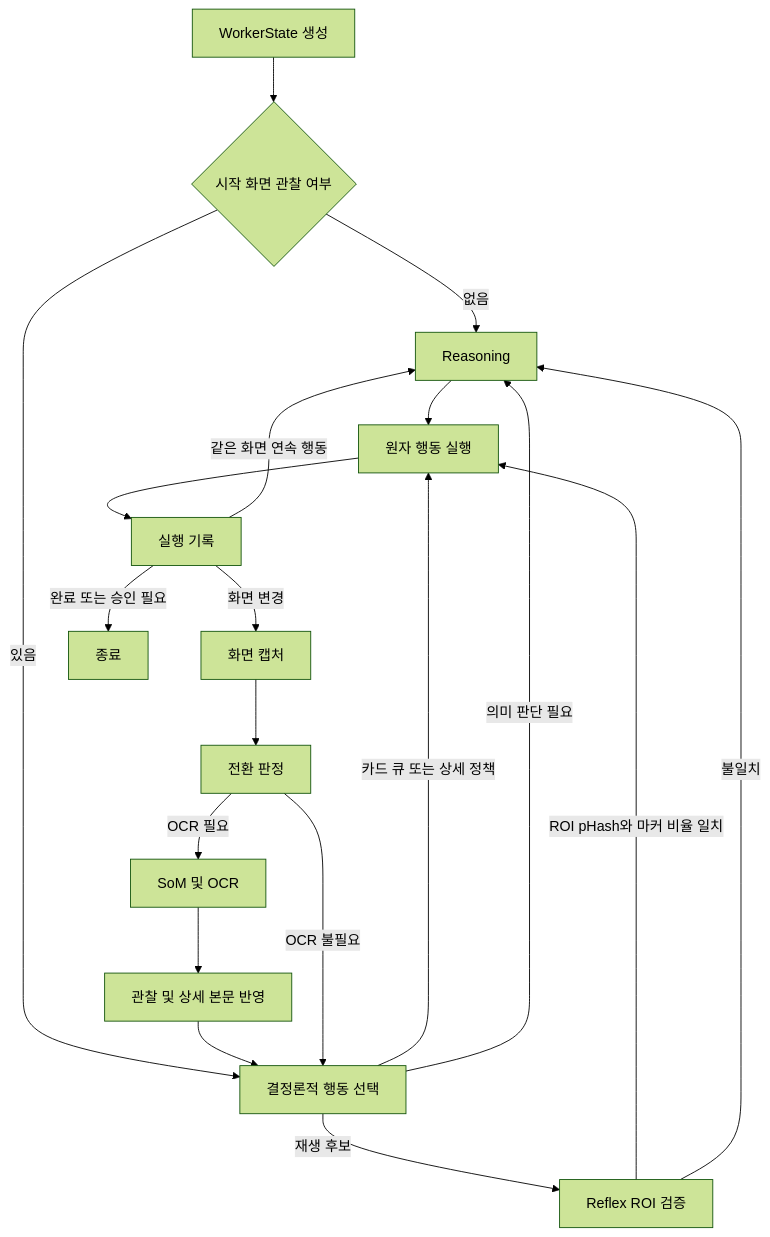
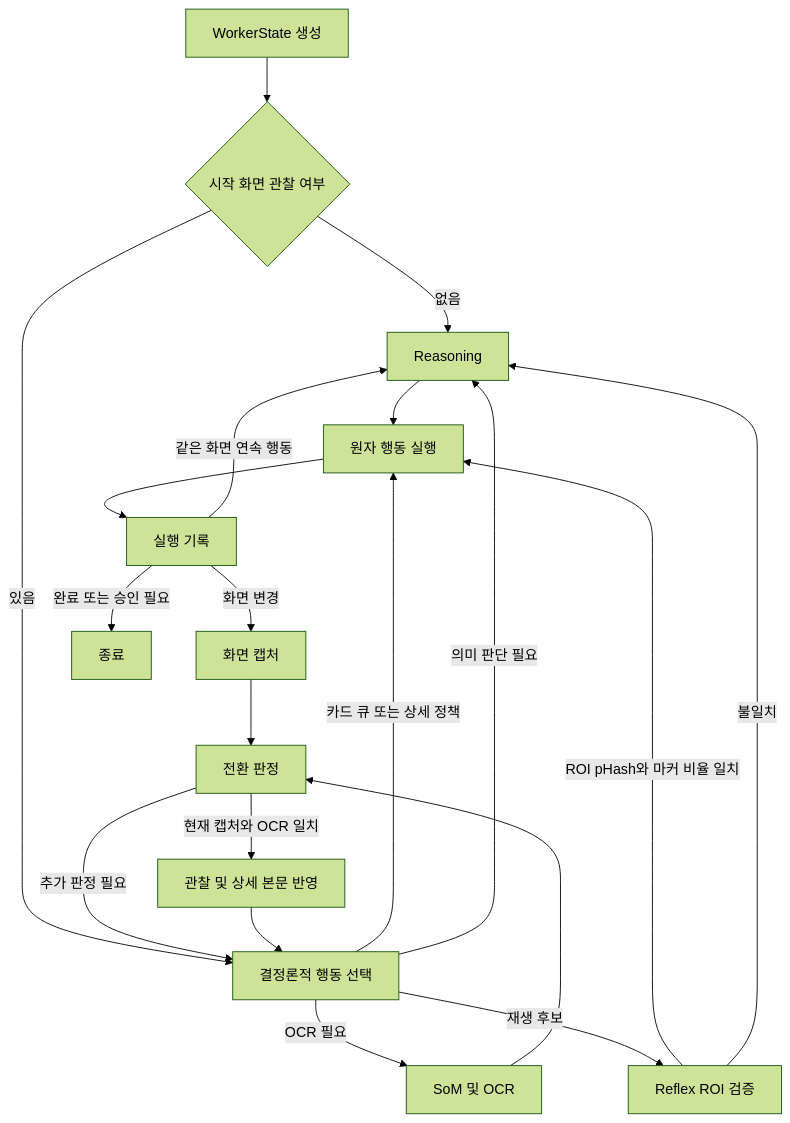
The second of 2 diagrams in ARCHITECTURE.md (Dreamtreeme/L2C), drawn with Mermaid (forest theme) before and after one commit. The commit also changed other lines of this file and 129 other files, not shown here.

````diff
--- a/ARCHITECTURE.md
+++ b/ARCHITECTURE.md
@@ -49,21 +51,22 @@
 ```mermaid
 flowchart TD
     S[WorkerState 생성] --> START{시작 화면 관찰 여부}
     START -->|없음| REASON[Reasoning]
     START -->|있음| SELECT[결정론적 행동 선택]
     CAPTURE[화면 캡처] --> TRANSITION[전환 판정]
-    TRANSITION -->|OCR 필요| OCR[SoM 및 OCR]
-    OCR --> COLLECT[관찰 및 상세 본문 반영]
+    TRANSITION -->|현재 캡처와 OCR 일치| COLLECT[관찰 및 상세 본문 반영]
+    TRANSITION -->|추가 판정 필요| SELECT
+    OCR[SoM 및 OCR] --> TRANSITION
     COLLECT --> SELECT
-    TRANSITION -->|OCR 불필요| SELECT
+    SELECT -->|OCR 필요| OCR
     SELECT -->|카드 큐 또는 상세 정책| EXECUTION[원자 행동 실행]
     SELECT -->|재생 후보| REFLEX[Reflex ROI 검증]
     SELECT -->|의미 판단 필요| REASON
     REFLEX -->|ROI pHash와 마커 비율 일치| EXECUTION
     REFLEX -->|불일치| REASON
     REASON --> EXECUTION
     EXECUTION --> RECORD[실행 기록]
     RECORD -->|화면 변경| CAPTURE
     RECORD -->|같은 화면 연속 행동| REASON
     RECORD -->|완료 또는 승인 필요| END[종료]
 ```
````
